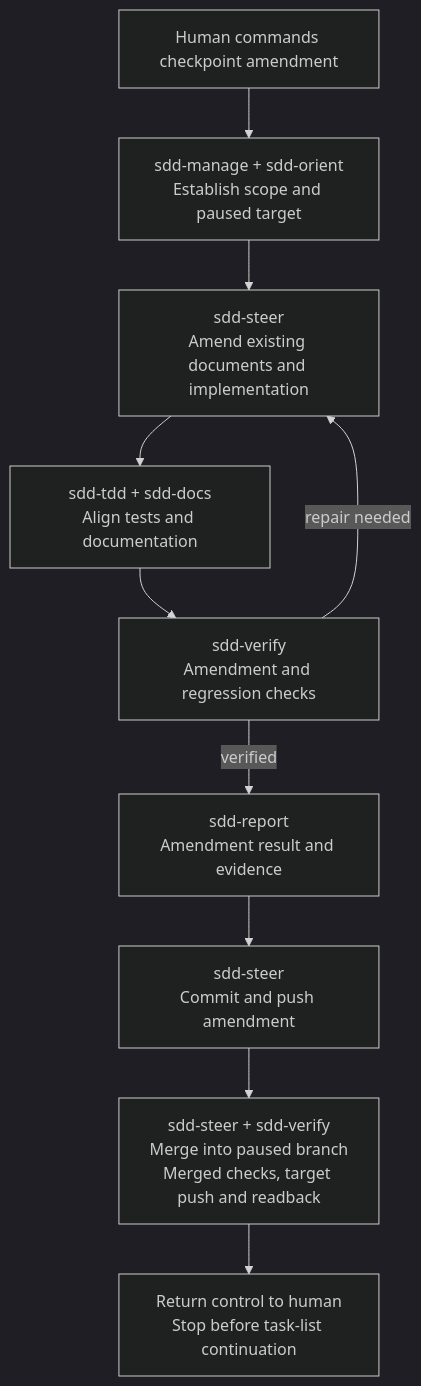
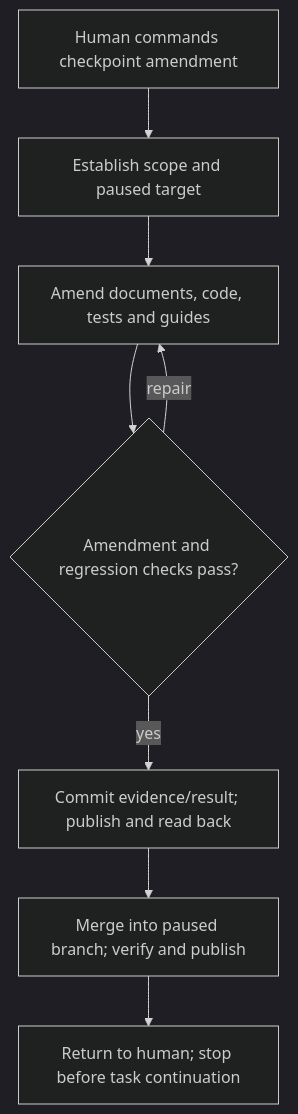
One commit to pchemguy/SDD-Manager-Template changed the fifth of 6 diagrams in .agents/plugins/sdd-manager/README.md. Above: the diagram before and after it, drawn with Mermaid (dark theme). The commit also changed other lines of this file and 15 other files, not shown here.

````diff
--- a/.agents/plugins/sdd-manager/README.md
+++ b/.agents/plugins/sdd-manager/README.md
@@ -234,12 +253,10 @@
 ```mermaid
 flowchart TB
-    H["Human commands checkpoint amendment"] --> M["sdd-manage + sdd-orient<br/>Establish scope and paused target"]
-    M --> S["sdd-steer<br/>Amend existing documents and implementation"]
-    S --> D["sdd-tdd + sdd-docs<br/>Align tests and documentation"]
-    D --> V["sdd-verify<br/>Amendment and regression checks"]
-    V -->|"repair needed"| S
-    V -->|"verified"| R["sdd-report<br/>Amendment result and evidence"]
-    R --> C["sdd-steer<br/>Commit and push amendment"]
-    C --> G["sdd-steer + sdd-verify<br/>Merge into paused branch<br/>Merged checks, target push and readback"]
-    G --> E["Return control to human<br/>Stop before task-list continuation"]
+    H["Human commands checkpoint amendment"] --> S["Establish scope and paused target"]
+    S --> W["Amend documents, code, tests and guides"]
+    W --> V{"Amendment and regression checks pass?"}
+    V -->|"repair"| W
+    V -->|"yes"| R["Commit evidence/result; publish and read back"]
+    R --> M["Merge into paused branch; verify and publish"]
+    M --> E["Return to human; stop before task continuation"]
 ```
````
